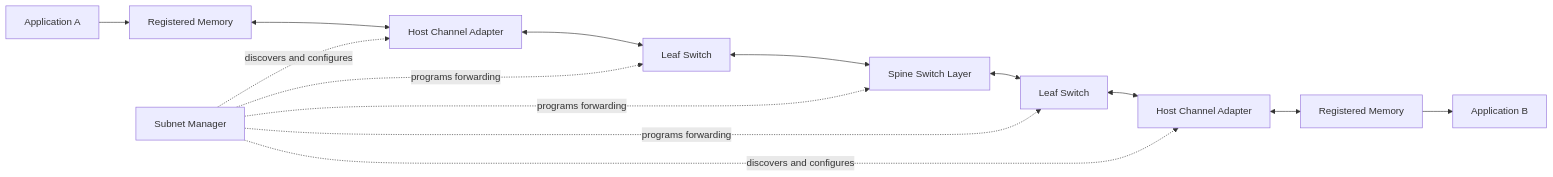
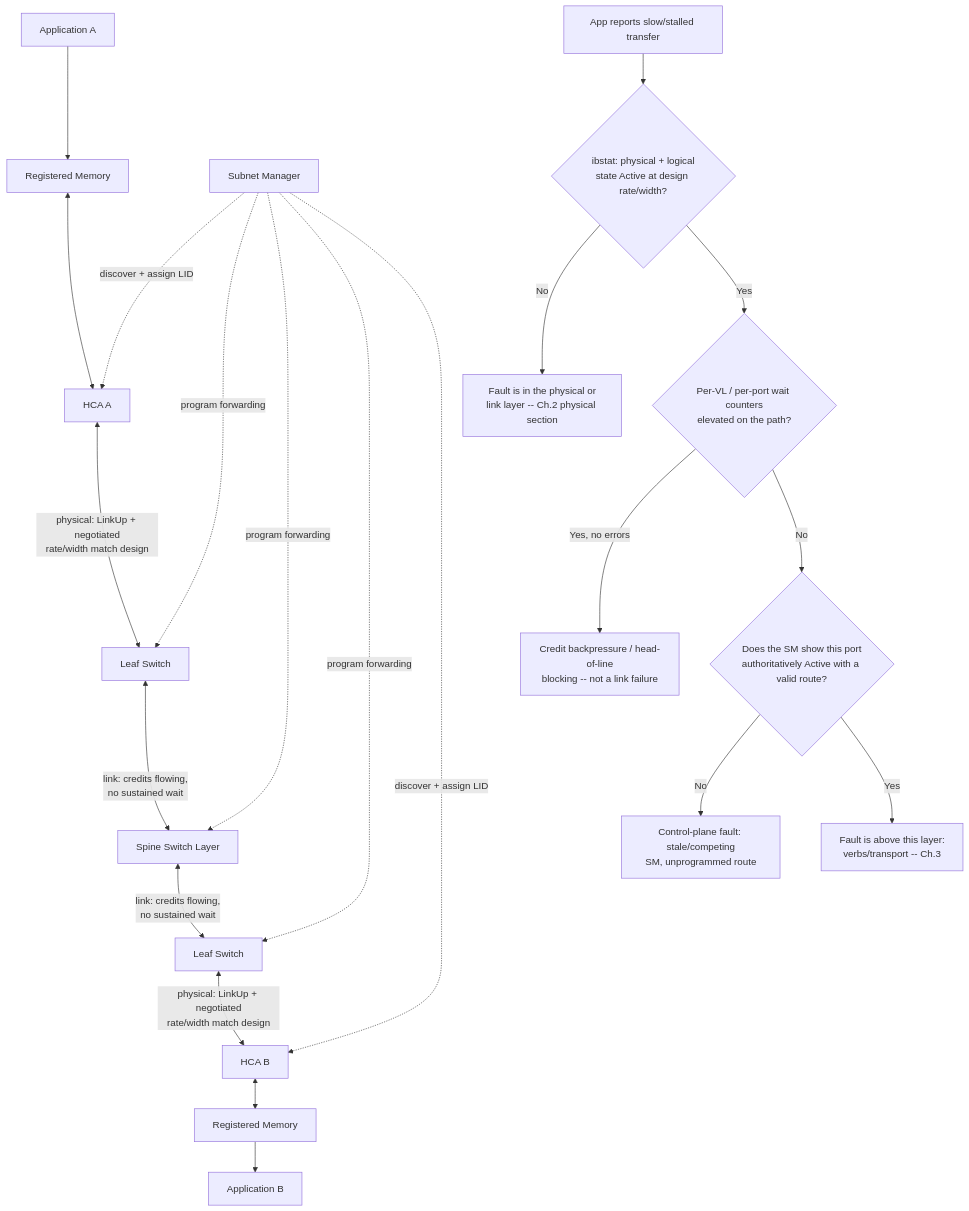
The first of 6 diagrams in docs/nvidia-zero-to-hero/volume-08/chapter-02-infiniband-architecture-and-link-layers.md (jithinpnjm/nvidia-devops), drawn with Mermaid before and after one commit. The commit also changed other lines of this file and 2 other files, not shown here.

Commit message:
WIP checkpoint: depth rework in progress, NOT verified/built — session hit rate limit mid-run

````diff
--- a/docs/nvidia-zero-to-hero/volume-08/chapter-02-infiniband-architecture-and-link-layers.md
+++ b/docs/nvidia-zero-to-hero/volume-08/chapter-02-infiniband-architecture-and-link-layers.md
@@ -59,24 +59,24 @@
 ```mermaid
-flowchart LR
-    AppA[Application A]
-    MemA[Registered Memory]
-    HCAA[Host Channel Adapter]
-    LeafA[Leaf Switch]
-    Spine[Spine Switch Layer]
-    LeafB[Leaf Switch]
-    HCAB[Host Channel Adapter]
-    MemB[Registered Memory]
-    AppB[Application B]
-    SM[Subnet Manager]
+flowchart TD
+    AppA[Application A] --> MemA[Registered Memory]
+    MemA <--> HCAA[HCA A]
+    HCAA <-->|"physical: LinkUp + negotiated<br/>rate/width match design"| LeafA[Leaf Switch]
+    LeafA <-->|"link: credits flowing,<br/>no sustained wait"| Spine[Spine Switch Layer]
+    Spine <-->|"link: credits flowing,<br/>no sustained wait"| LeafB[Leaf Switch]
+    LeafB <-->|"physical: LinkUp + negotiated<br/>rate/width match design"| HCAB[HCA B]
+    HCAB <--> MemB[Registered Memory]
+    MemB --> AppB[Application B]
+    SM[Subnet Manager] -. "discover + assign LID" .-> HCAA
+    SM -. "program forwarding" .-> LeafA
+    SM -. "program forwarding" .-> Spine
+    SM -. "program forwarding" .-> LeafB
+    SM -. "discover + assign LID" .-> HCAB
 
-    AppA --> MemA
-    MemA <--> HCAA
-    HCAA <--> LeafA <--> Spine <--> LeafB <--> HCAB
-    HCAB <--> MemB
-    MemB --> AppB
-    SM -. discovers and configures .-> HCAA
-    SM -. programs forwarding .-> LeafA
-    SM -. programs forwarding .-> Spine
-    SM -. programs forwarding .-> LeafB
-    SM -. discovers and configures .-> HCAB
+    Sym["App reports slow/stalled transfer"] --> D1{"ibstat: physical + logical<br/>state Active at design rate/width?"}
+    D1 -->|No| L1["Fault is in the physical or<br/>link layer -- Ch.2 physical section"]
+    D1 -->|Yes| D2{"Per-VL / per-port wait counters<br/>elevated on the path?"}
+    D2 -->|Yes, no errors| L2["Credit backpressure / head-of-line<br/>blocking -- not a link failure"]
+    D2 -->|No| D3{"Does the SM show this port<br/>authoritatively Active with a valid route?"}
+    D3 -->|No| L3["Control-plane fault: stale/competing<br/>SM, unprogrammed route"]
+    D3 -->|Yes| L4["Fault is above this layer:<br/>verbs/transport -- Ch.3"]
 ```
````
